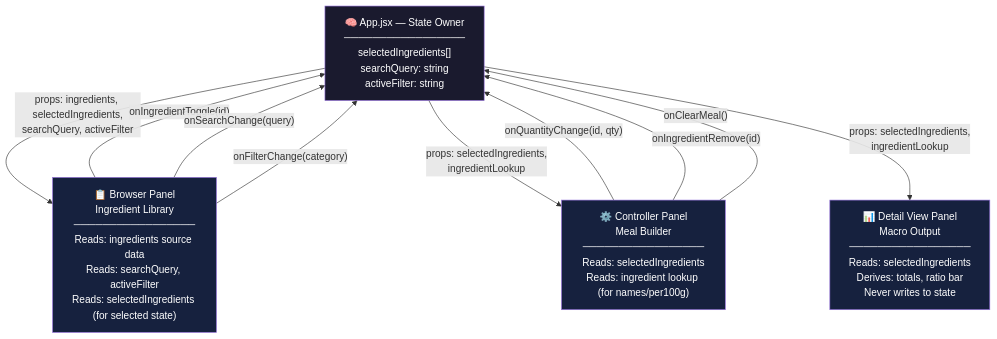
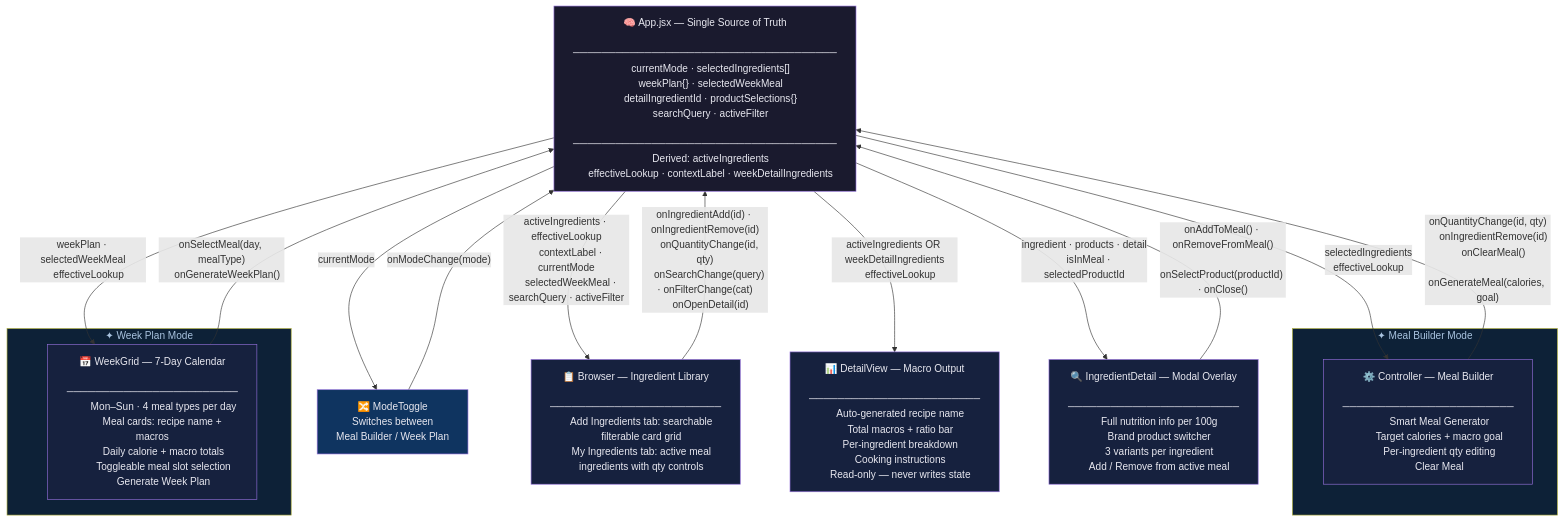
The diagram in README.md (euginahan/ReactiveSandbox_Claude), drawn with Mermaid before and after one commit. The commit also changed other lines of this file and 3 other files, not shown here.

First line of the commit message:
Update docs and fix Week Plan selection bugs

````diff
--- a/README.md
+++ b/README.md
@@ -243,27 +243,98 @@
 ```mermaid
 flowchart TD
-    App["🧠 App.jsx — State Owner\n─────────────────\nselectedIngredients[]\nsearchQuery: string\nactiveFilter: string"]
+    App["🧠 App.jsx — Single Source of Truth
+    ─────────────────────────────────────
+    currentMode · selectedIngredients[]
+    weekPlan{} · selectedWeekMeal
+    detailIngredientId · productSelections{}
+    searchQuery · activeFilter
+    ─────────────────────────────────────
+    Derived: activeIngredients
+    effectiveLookup · contextLabel · weekDetailIngredients"]
 
-    Browser["📋 Browser Panel\nIngredient Library\n─────────────────\nReads: ingredients source data\nReads: searchQuery, activeFilter\nReads: selectedIngredients (for selected state)"]
+    Toggle["🔀 ModeToggle
+    Switches between
+    Meal Builder / Week Plan"]
 
-    Controller["⚙️ Controller Panel\nMeal Builder\n─────────────────\nReads: selectedIngredients\nReads: ingredient lookup (for names/per100g)"]
+    Browser["📋 Browser — Ingredient Library
+    ────────────────────────
+    Add Ingredients tab: searchable
+    filterable card grid
+    My Ingredients tab: active meal
+    ingredients with qty controls"]
 
-    DetailView["📊 Detail View Panel\nMacro Output\n─────────────────\nReads: selectedIngredients\nDerives: totals, ratio bar\nNever writes to state"]
+    subgraph mealBuilder ["✦ Meal Builder Mode"]
+        Controller["⚙️ Controller — Meal Builder
+        ────────────────────────
+        Smart Meal Generator
+        Target calories + macro goal
+        Per-ingredient qty editing
+        Clear Meal"]
+    end
 
-    App -->|"props: ingredients, selectedIngredients,\nsearchQuery, activeFilter"| Browser
-    App -->|"props: selectedIngredients,\ningredientLookup"| Controller
-    App -->|"props: selectedIngredients,\ningredientLookup"| DetailView
+    subgraph weekPlan ["✦ Week Plan Mode"]
+        WeekGrid["📅 WeekGrid — 7-Day Calendar
+        ────────────────────────
+        Mon–Sun · 4 meal types per day
+        Meal cards: recipe name + macros
+        Daily calorie + macro totals
+        Toggleable meal slot selection
+        Generate Week Plan"]
+    end
 
-    Browser -->|"onIngredientToggle(id)"| App
-    Browser -->|"onSearchChange(query)"| App
-    Browser -->|"onFilterChange(category)"| App
+    DetailView["📊 DetailView — Macro Output
+    ────────────────────────
+    Auto-generated recipe name
+    Total macros + ratio bar
+    Per-ingredient breakdown
+    Cooking instructions
+    Read-only — never writes state"]
 
-    Controller -->|"onQuantityChange(id, qty)"| App
-    Controller -->|"onIngredientRemove(id)"| App
-    Controller -->|"onClearMeal()"| App
+    Modal["🔍 IngredientDetail — Modal Overlay
+    ────────────────────────
+    Full nutrition info per 100g
+    Brand product switcher
+    3 variants per ingredient
+    Add / Remove from active meal"]
 
-    style App fill:#1a1a2e,color:#fff
-    style Browser fill:#16213e,color:#fff
-    style Controller fill:#16213e,color:#fff
-    style DetailView fill:#16213e,color:#fff
+    App -- "currentMode" --> Toggle
+    Toggle -- "onModeChange(mode)" --> App
+
+    App -- "activeIngredients · effectiveLookup
+    contextLabel · currentMode
+    selectedWeekMeal · searchQuery · activeFilter" --> Browser
+    Browser -- "onIngredientAdd(id) · onIngredientRemove(id)
+    onQuantityChange(id, qty)
+    onSearchChange(query) · onFilterChange(cat)
+    onOpenDetail(id)" --> App
+
+    App -- "selectedIngredients
+    effectiveLookup" --> Controller
+    Controller -- "onQuantityChange(id, qty)
+    onIngredientRemove(id)
+    onClearMeal()
+    onGenerateMeal(calories, goal)" --> App
+
+    App -- "weekPlan · selectedWeekMeal
+    effectiveLookup" --> WeekGrid
+    WeekGrid -- "onSelectMeal(day, mealType)
+    onGenerateWeekPlan()" --> App
+
+    App -- "activeIngredients OR weekDetailIngredients
+    effectiveLookup" --> DetailView
+
+    App -- "ingredient · products · detail
+    isInMeal · selectedProductId" --> Modal
+    Modal -- "onAddToMeal() · onRemoveFromMeal()
+    onSelectProduct(productId) · onClose()" --> App
+
+    style App fill:#1a1a2e,color:#e8e8f0
+    style Toggle fill:#0f3460,color:#e8e8f0
+    style Browser fill:#16213e,color:#e8e8f0
+    style Controller fill:#16213e,color:#e8e8f0
+    style WeekGrid fill:#16213e,color:#e8e8f0
+    style DetailView fill:#16213e,color:#e8e8f0
+    style Modal fill:#16213e,color:#e8e8f0
+    style mealBuilder fill:#0d2137,color:#aac4e0
+    style weekPlan fill:#0d2137,color:#aac4e0
 ```
````
